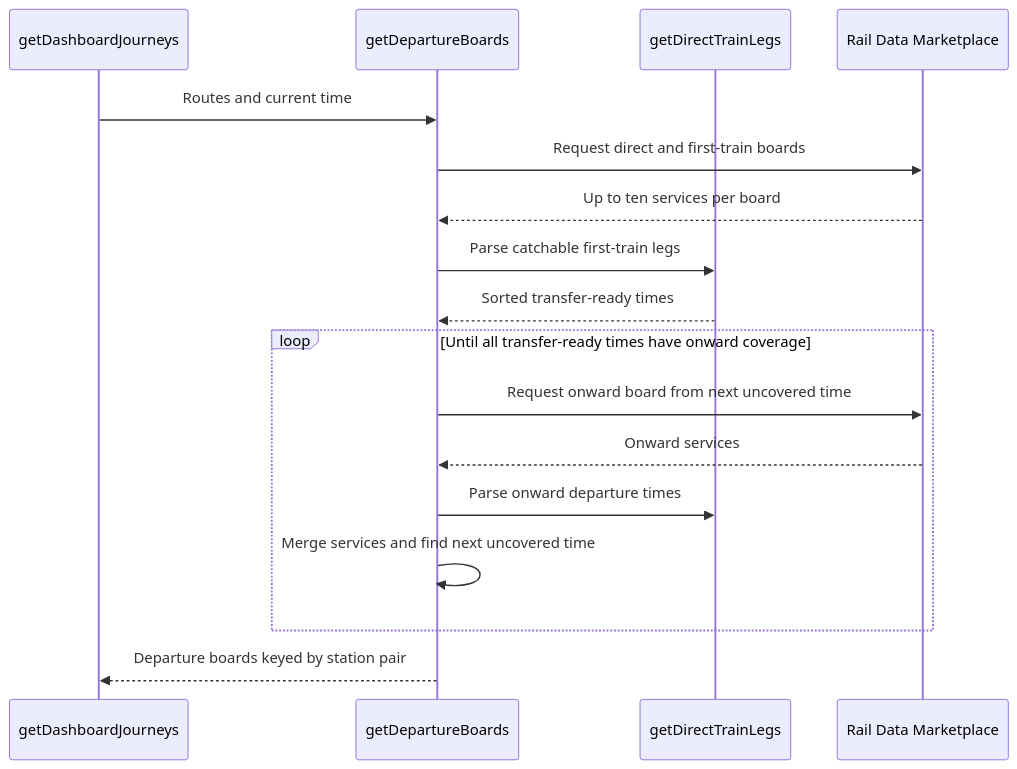
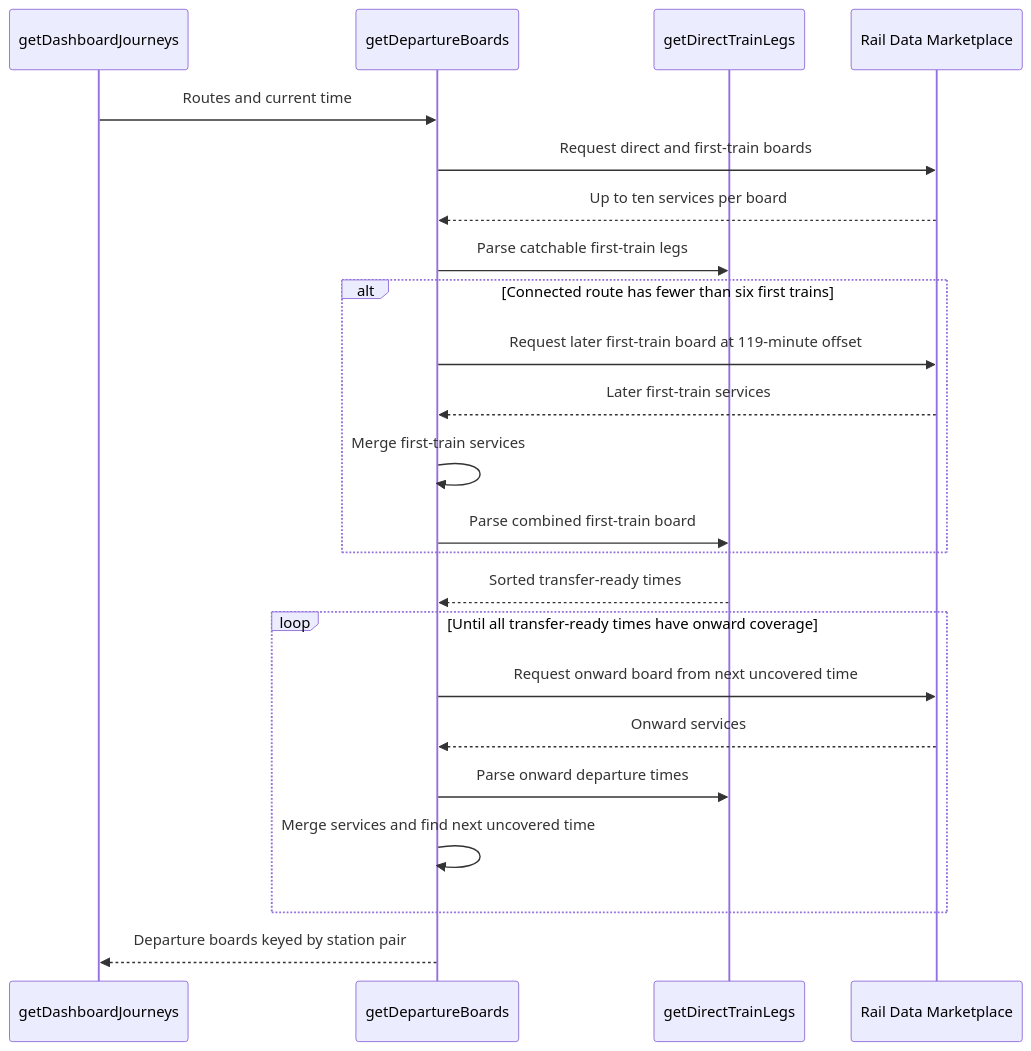
The diagram in docs/departure-boards.md (nd9600/trainDashboard), drawn with Mermaid before and after one commit. The commit also changed other lines of this file and 3 other files, not shown here.

Commit message:
gets more train services

````diff
--- a/docs/departure-boards.md
+++ b/docs/departure-boards.md
@@ -7,20 +7,26 @@
 ```mermaid
 sequenceDiagram
     participant Dashboard as getDashboardJourneys
     participant Boards as getDepartureBoards
     participant Parser as getDirectTrainLegs
     participant API as Rail Data Marketplace
 
     Dashboard->>Boards: Routes and current time
     Boards->>API: Request direct and first-train boards
     API-->>Boards: Up to ten services per board
     Boards->>Parser: Parse catchable first-train legs
+    alt Connected route has fewer than six first trains
+        Boards->>API: Request later first-train board at 119-minute offset
+        API-->>Boards: Later first-train services
+        Boards->>Boards: Merge first-train services
+        Boards->>Parser: Parse combined first-train board
+    end
     Parser-->>Boards: Sorted transfer-ready times
     loop Until all transfer-ready times have onward coverage
         Boards->>API: Request onward board from next uncovered time
         API-->>Boards: Onward services
         Boards->>Parser: Parse onward departure times
         Boards->>Boards: Merge services and find next uncovered time
     end
     Boards-->>Dashboard: Departure boards keyed by station pair
 ```
````
